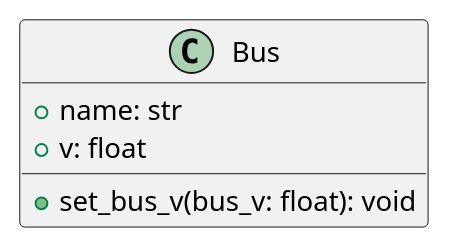
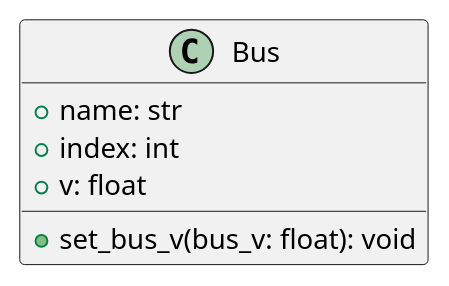
The first of 4 diagrams in project1.plantuml (JLipnerPitt/ECE2774-ADV-POWER-SYSTEMS-ANALYSIS), drawn with PlantUML before and after one commit. The commit also changed other lines of this file and 7 other files, not shown here.

```diff
--- a/project1.plantuml
+++ b/project1.plantuml
@@ -1,7 +1,8 @@
 @startuml Bus
 class Bus {
     +name: str
+    +index: int
     +v: float
     +set_bus_v(bus_v: float): void
 }
 @enduml
```
